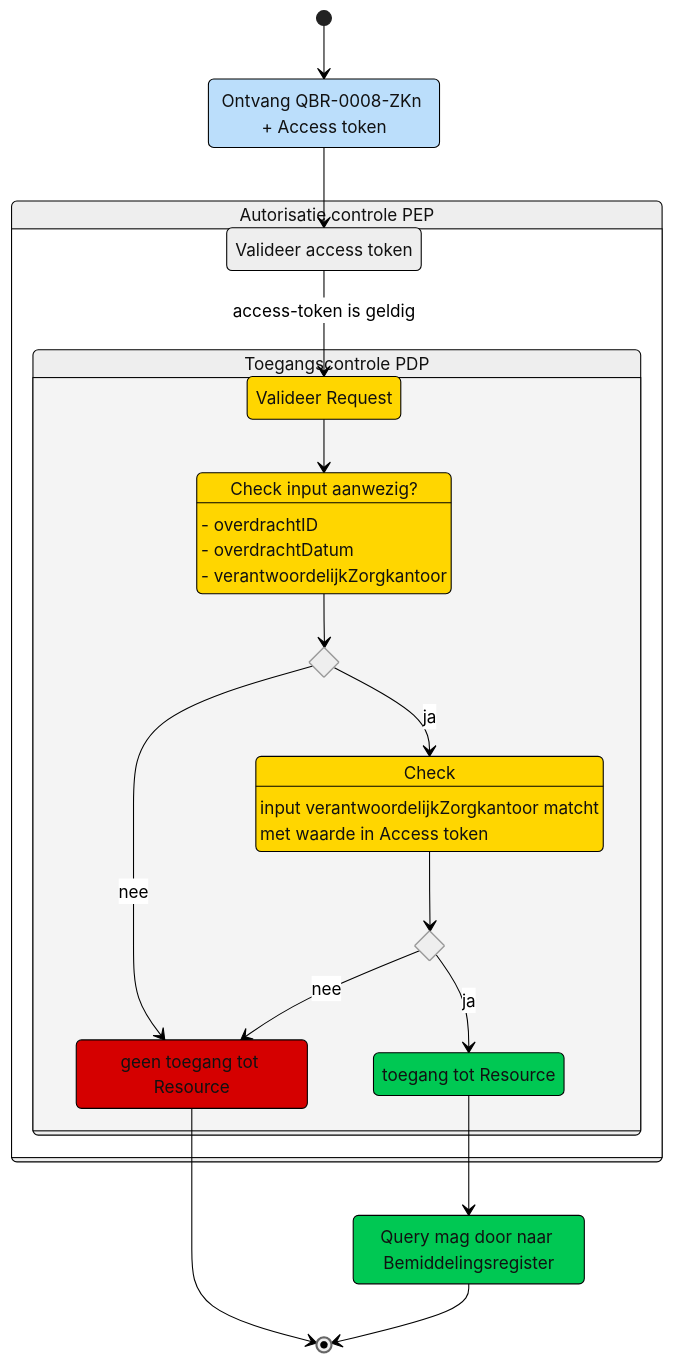
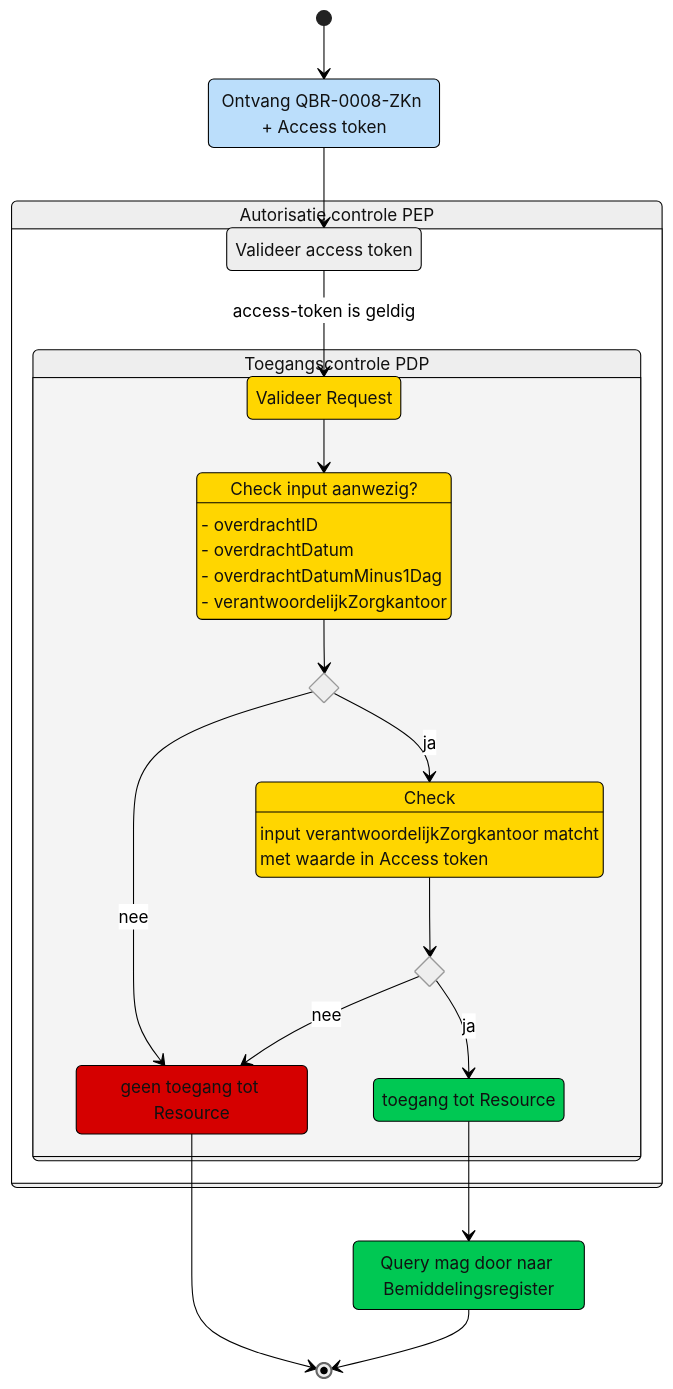
The diagram in raadplegen/zorgkantoor/UCBR-0008-toegangscontrole.md (iStandaarden/iWlz-bemiddeling), drawn with Mermaid before and after one commit. The commit also changed other lines of this file, not shown here.

````diff
--- a/raadplegen/zorgkantoor/UCBR-0008-toegangscontrole.md
+++ b/raadplegen/zorgkantoor/UCBR-0008-toegangscontrole.md
@@ -55,58 +57,59 @@
 ```mermaid
 ---
 config:
   theme: neutral
   look: classic
 ---
 stateDiagram
   direction TB
   [*] -->  indienen
   indienen --> validerenT
   state PEP {
     direction TB
 
     validerenT --> validerenR: access-token is geldig
     state PDP {
     validerenR --> checkInput01
     state check01 <<choice>>
     checkInput01 --> check01
 
     check01 --> checkInput02:ja
     check01 --> error:nee
         state check02 <<choice>>
         checkInput02 --> check02
         check02 --> error:nee
         check02 --> access:ja
     error
     access
     }
 
   }
 
   error --> [*]
   access --> resource
   resource --> [*]
   
   PEP:Autorisatie controle PEP
   PDP:Toegangscontrole PDP
   indienen: Ontvang QBR-0008-ZKn + Access token
   validerenT: Valideer access token
   validerenR: Valideer Request
   checkInput01:Check input aanwezig?
   checkInput01:- overdrachtID
   checkInput01:- overdrachtDatum
+  checkInput01:- overdrachtDatumMinus1Dag
   checkInput01:- verantwoordelijkZorgkantoor
   checkInput02:Check
   checkInput02:input verantwoordelijkZorgkantoor matcht 
   checkInput02:met waarde in Access token
   error:geen toegang tot Resource
 
   access:toegang tot Resource
   resource: Query mag door naar Bemiddelingsregister
   style validerenR,checkInput01,checkInput02 fill:#FFD600
   style valideer2 fill:#C8E6C9
   style error fill:#D50000
   style access,Query,resource fill:#00C853
   style indienen fill:#BBDEFB,color:none
 
 ```
````
